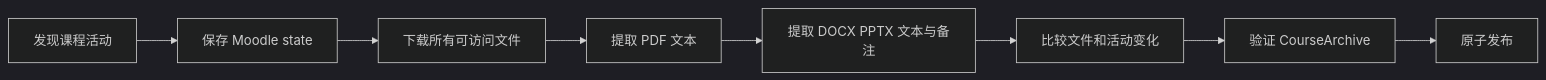
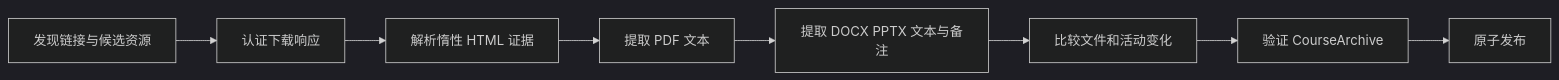
One commit to Jerry6921/HSAS changed the second of 2 diagrams in ARCHITECTURE.md. Above: the diagram before and after it, drawn with Mermaid (dark theme). The commit also changed other lines of this file and 238 other files, not shown here.

Commit message:
release: ship HIQS 2.10 architecture

````diff
--- a/ARCHITECTURE.md
+++ b/ARCHITECTURE.md
@@ -101,10 +104,10 @@
 ```mermaid
 flowchart LR
-    Discover[发现课程活动] --> Map[保存 Moodle state]
-    Map --> Download[下载所有可访问文件]
-    Download --> PDF[提取 PDF 文本]
+    Discover[发现链接与候选资源] --> Download[认证下载响应]
+    Download --> Parse[解析惰性 HTML 证据]
+    Parse --> PDF[提取 PDF 文本]
     PDF --> Office[提取 DOCX PPTX 文本与备注]
     Office --> Changes[比较文件和活动变化]
     Changes --> Validate[验证 CourseArchive]
     Validate --> Publish[原子发布]
 ```
````
